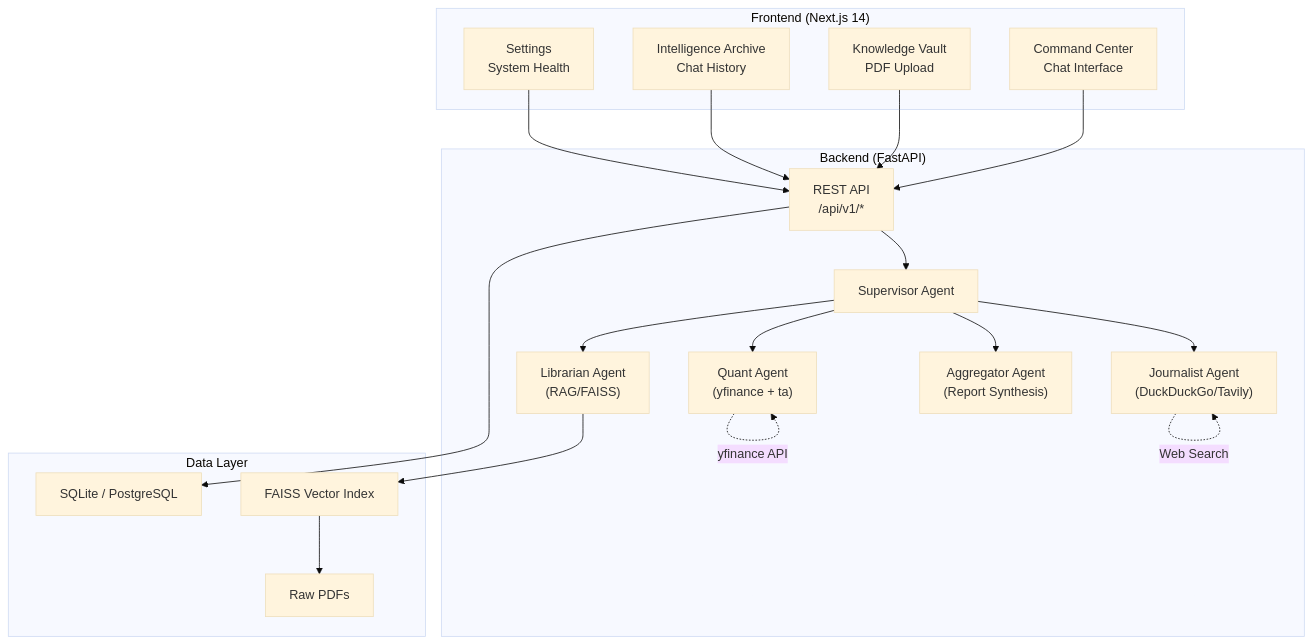
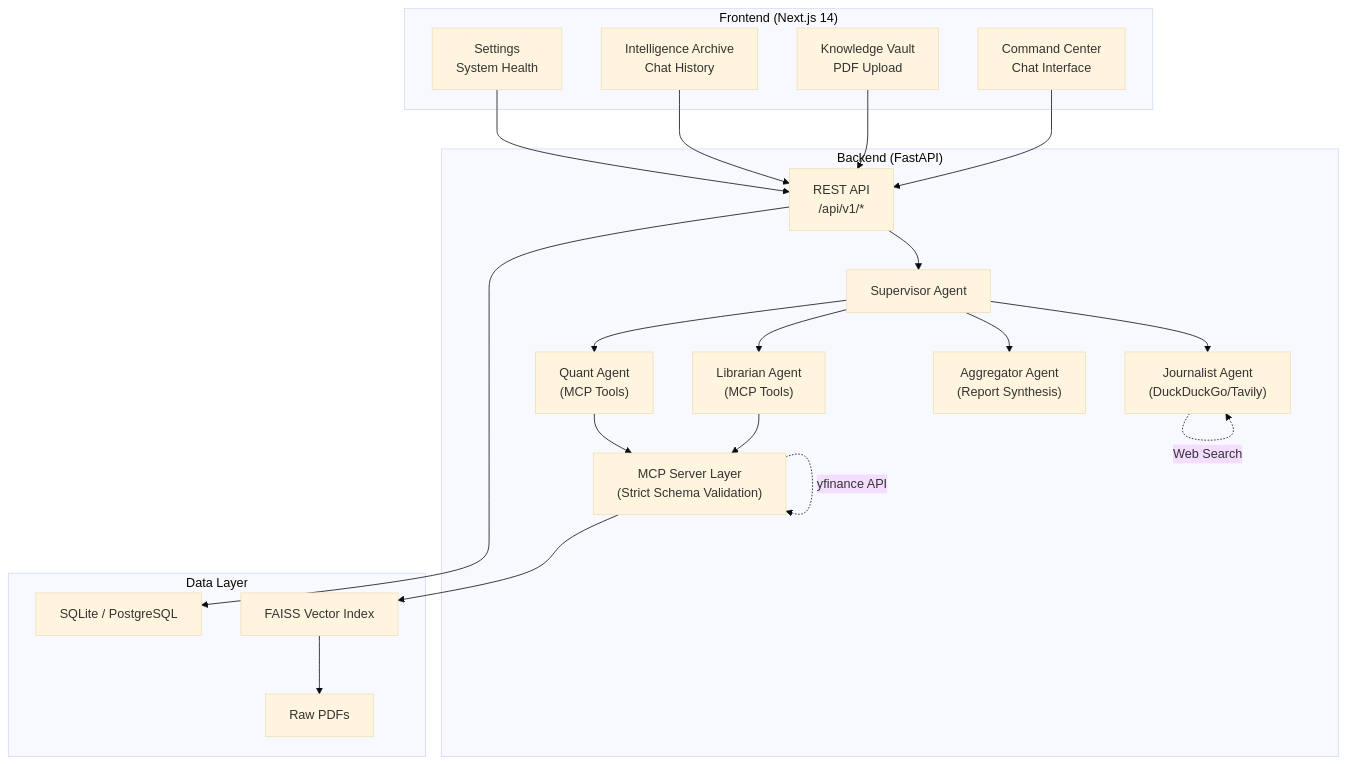
The diagram in walkthrough.md (HiteshSingh21/AI-Financial-Research-Team), drawn with Mermaid (base theme) before and after one commit. The commit also changed other lines of this file and 12 other files, not shown here.

Commit message:
added the mcp layer

````diff
--- a/walkthrough.md
+++ b/walkthrough.md
@@ -11,39 +11,42 @@
 ```mermaid
 graph TB
     subgraph Frontend ["Frontend (Next.js 14)"]
         UI["Command Center<br/>Chat Interface"]
         KV["Knowledge Vault<br/>PDF Upload"]
         HA["Intelligence Archive<br/>Chat History"]
         ST["Settings<br/>System Health"]
     end
 
     subgraph Backend ["Backend (FastAPI)"]
         API["REST API<br/>/api/v1/*"]
         SUP["Supervisor Agent"]
-        LIB["Librarian Agent<br/>(RAG/FAISS)"]
-        QNT["Quant Agent<br/>(yfinance + ta)"]
+        LIB["Librarian Agent<br/>(MCP Tools)"]
+        QNT["Quant Agent<br/>(MCP Tools)"]
         JRN["Journalist Agent<br/>(DuckDuckGo/Tavily)"]
         AGG["Aggregator Agent<br/>(Report Synthesis)"]
+        MCP["MCP Server Layer<br/>(Strict Schema Validation)"]
     end
 
     subgraph Data ["Data Layer"]
         DB["SQLite / PostgreSQL"]
         FAISS["FAISS Vector Index"]
         PDF["Raw PDFs"]
     end
 
     UI --> API
     KV --> API
     HA --> API
     ST --> API
     API --> SUP
     SUP --> LIB
     SUP --> QNT
     SUP --> JRN
     SUP --> AGG
-    LIB --> FAISS
+    LIB --> MCP
+    QNT --> MCP
+    MCP --> FAISS
     FAISS --> PDF
-    QNT -.-> |"yfinance API"| QNT
+    MCP -.-> |"yfinance API"| MCP
     JRN -.-> |"Web Search"| JRN
     API --> DB
 ```
````
